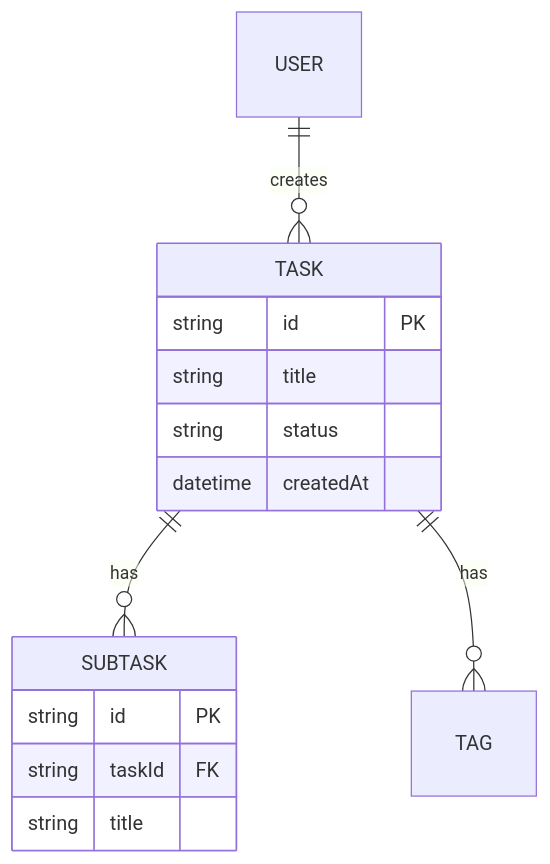
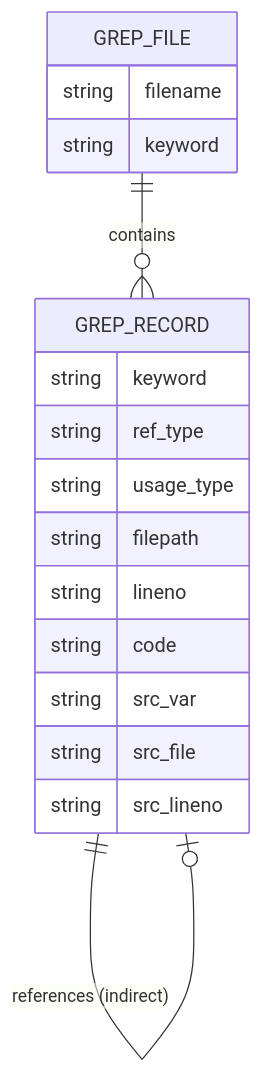
The third of 4 diagrams in .claude/skills/functional-design/guide.md (AkiraIsozaki/grep_helper), drawn with Mermaid before and after one commit. The commit also changed other lines of this file and 33 other files, not shown here.

````diff
--- a/.claude/skills/functional-design/guide.md
+++ b/.claude/skills/functional-design/guide.md
@@ -122,18 +118,21 @@
 ```mermaid
 erDiagram
-    TASK ||--o{ SUBTASK : has
-    TASK ||--o{ TAG : has
-    USER ||--o{ TASK : creates
+    GREP_FILE ||--o{ GREP_RECORD : contains
+    GREP_RECORD ||--o| GREP_RECORD : "references (indirect)"
 
-    TASK {
-        string id PK
-        string title
-        string status
-        datetime createdAt
+    GREP_FILE {
+        string filename
+        string keyword
     }
-    SUBTASK {
-        string id PK
-        string taskId FK
-        string title
+    GREP_RECORD {
+        string keyword
+        string ref_type
+        string usage_type
+        string filepath
+        string lineno
+        string code
+        string src_var
+        string src_file
+        string src_lineno
     }
 ```
````
